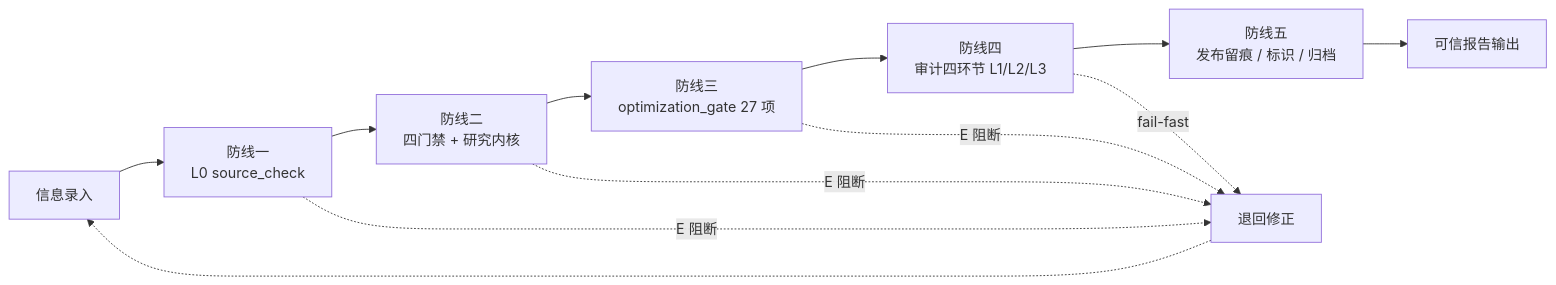
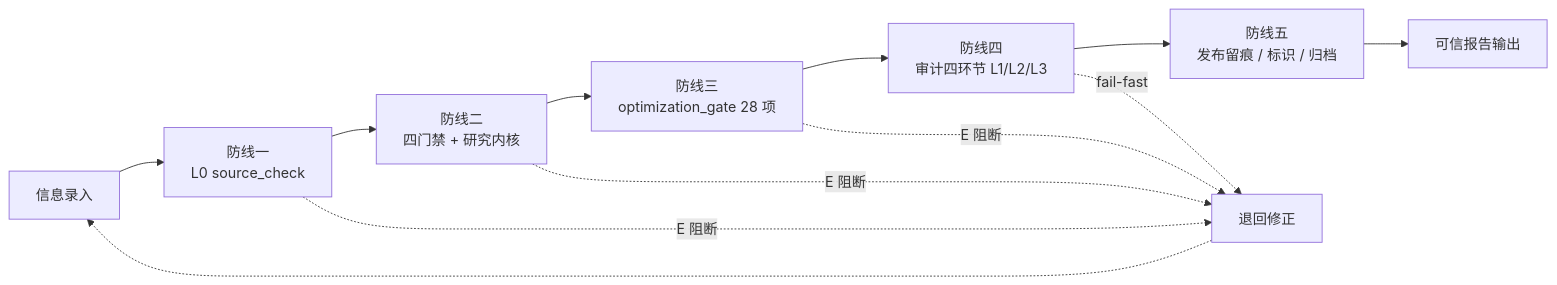
Before and after one commit to hmbphxkw76-byte/tech-context-digest: the second of 4 diagrams in engine/docs/report-pipeline-system.md, drawn with Mermaid. The commit also changed other lines of this file and 27 other files, not shown here.

````diff
--- a/engine/docs/report-pipeline-system.md
+++ b/engine/docs/report-pipeline-system.md
@@ -59,14 +59,14 @@
 ```mermaid
 flowchart LR
     IN["信息录入"] --> D1["防线一<br/>L0 source_check"]
     D1 --> D2["防线二<br/>四门禁 + 研究内核"]
-    D2 --> D3["防线三<br/>optimization_gate 27 项"]
+    D2 --> D3["防线三<br/>optimization_gate 28 项"]
     D3 --> D4["防线四<br/>审计四环节 L1/L2/L3"]
     D4 --> D5["防线五<br/>发布留痕 / 标识 / 归档"]
     D5 --> OUT["可信报告输出"]
     D1 -. "E 阻断" .-> BLOCK["退回修正"]
     D2 -. "E 阻断" .-> BLOCK
     D3 -. "E 阻断" .-> BLOCK
     D4 -. "fail-fast" .-> BLOCK
     BLOCK -.-> IN
 ```
````
